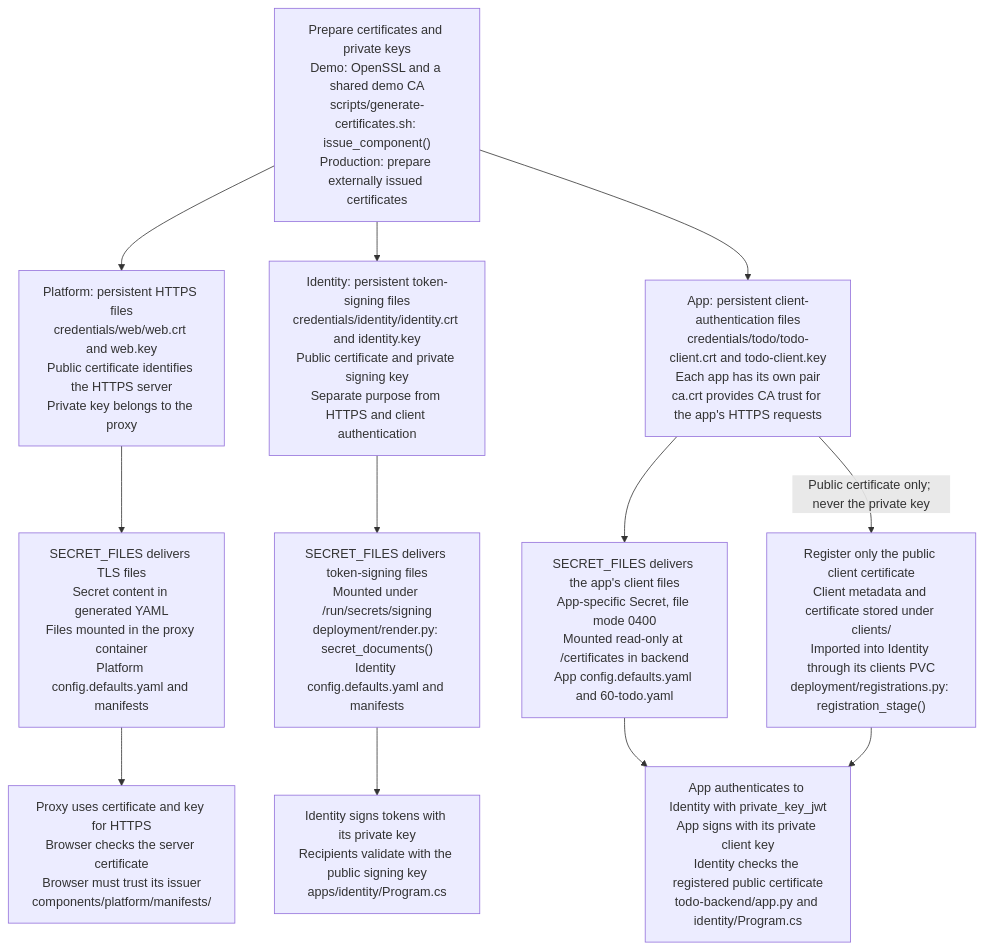
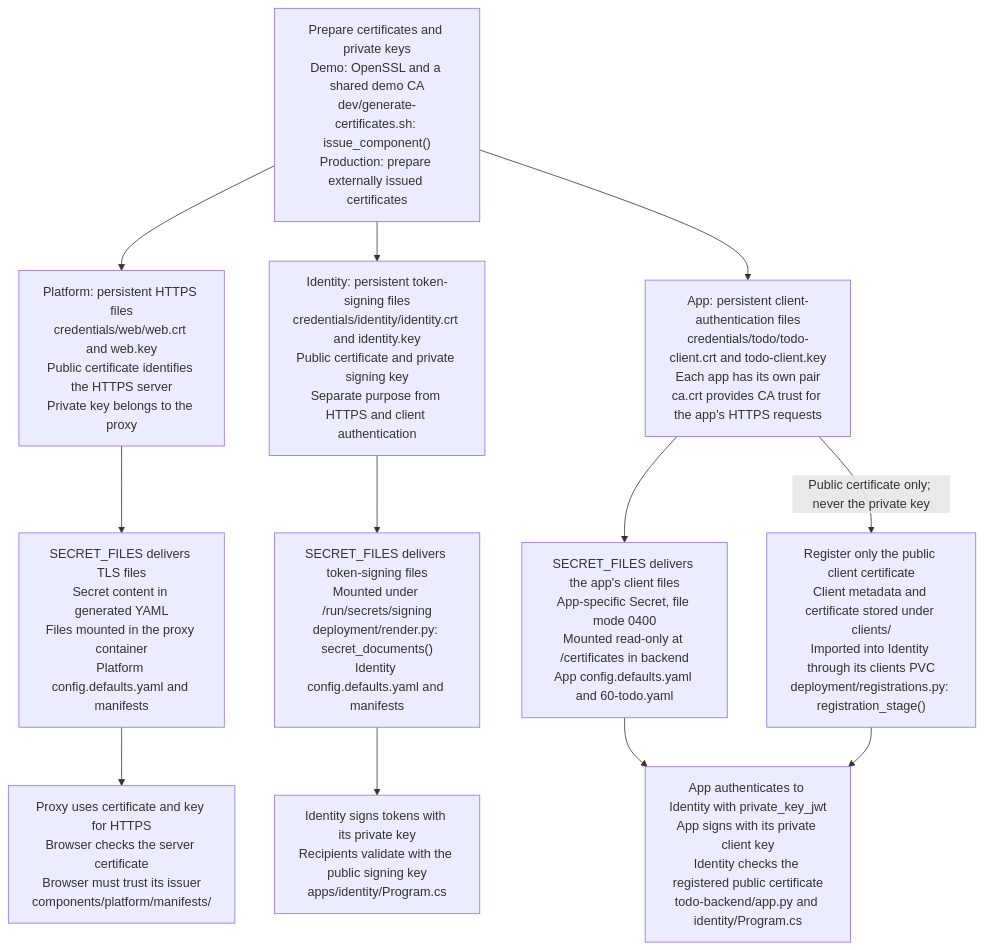
The third of 3 diagrams in README.md (gunstein/podman_offline), drawn with Mermaid before and after one commit. The commit also changed other lines of this file and 20 other files, not shown here.

````diff
--- a/README.md
+++ b/README.md
@@ -631,65 +634,65 @@
 ```mermaid
 flowchart TD
     ISSUE["`Prepare certificates and private keys
     Demo: OpenSSL and a shared demo CA
-    scripts/generate-certificates.sh: issue_component()
+    dev/generate-certificates.sh: issue_component()
     Production: prepare externally issued certificates`"]
 
     TLSFILES["`Platform: persistent HTTPS files
     credentials/web/web.crt and web.key
     Public certificate identifies the HTTPS server
     Private key belongs to the proxy`"]
 
     SIGNFILES["`Identity: persistent token-signing files
     credentials/identity/identity.crt and identity.key
     Public certificate and private signing key
     Separate purpose from HTTPS and client authentication`"]
 
     CLIENTFILES["`App: persistent client-authentication files
     credentials/todo/todo-client.crt and todo-client.key
     Each app has its own pair
     ca.crt provides CA trust for the app's HTTPS requests`"]
 
     TLSSECRET["`SECRET_FILES delivers TLS files
     Secret content in generated YAML
     Files mounted in the proxy container
     Platform config.defaults.yaml and manifests`"]
 
     SIGNSECRET["`SECRET_FILES delivers token-signing files
     Mounted under /run/secrets/signing
     deployment/render.py: secret_documents()
     Identity config.defaults.yaml and manifests`"]
 
     CLIENTSECRET["`SECRET_FILES delivers the app's client files
     App-specific Secret, file mode 0400
     Mounted read-only at /certificates in backend
     App config.defaults.yaml and 60-todo.yaml`"]
 
     PUBLIC["`Register only the public client certificate
     Client metadata and certificate stored under clients/
     Imported into Identity through its clients PVC
     deployment/registrations.py: registration_stage()`"]
 
     HTTPS["`Proxy uses certificate and key for HTTPS
     Browser checks the server certificate
     Browser must trust its issuer
     components/platform/manifests/`"]
 
     TOKENS["`Identity signs tokens with its private key
     Recipients validate with the public signing key
     apps/identity/Program.cs`"]
 
     AUTH["`App authenticates to Identity with private_key_jwt
     App signs with its private client key
     Identity checks the registered public certificate
     todo-backend/app.py and identity/Program.cs`"]
 
     ISSUE --> TLSFILES
     ISSUE --> SIGNFILES
     ISSUE --> CLIENTFILES
     TLSFILES --> TLSSECRET --> HTTPS
     SIGNFILES --> SIGNSECRET --> TOKENS
     CLIENTFILES --> CLIENTSECRET --> AUTH
     CLIENTFILES -->|Public certificate only; never the private key| PUBLIC
     PUBLIC --> AUTH
 ```
````
